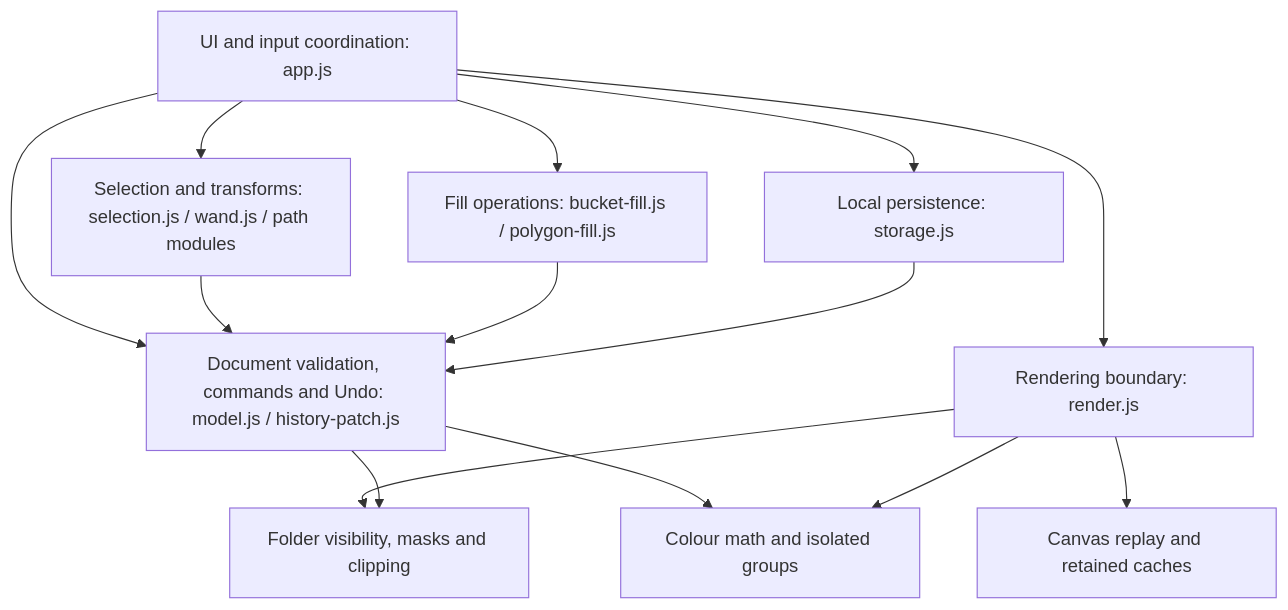
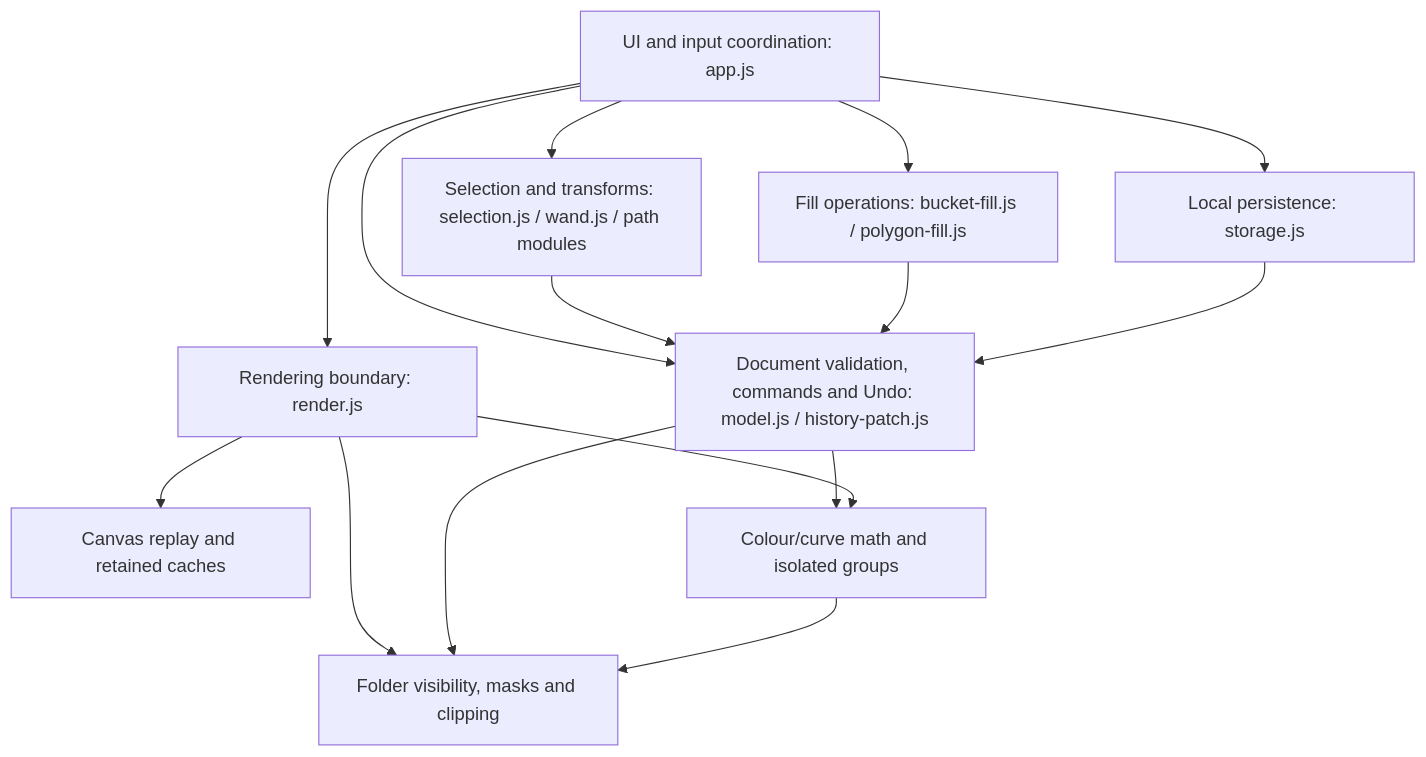
One commit to lionellmisquitta/unruly changed the diagram in docs/delivery/CODE_STRUCTURE.md. Above: the diagram before and after it, drawn with Mermaid. The commit also changed other lines of this file and 8 other files, not shown here.

Commit message:
Close published FX2 and preserve full roadmap/code map with source-bound evidence

````diff
--- a/docs/delivery/CODE_STRUCTURE.md
+++ b/docs/delivery/CODE_STRUCTURE.md
@@ -6,25 +6,26 @@
 ```mermaid
 flowchart TD
  UI["UI and input coordination: app.js"]
  DOC["Document validation, commands and Undo: model.js / history-patch.js"]
  SEL["Selection and transforms: selection.js / wand.js / path modules"]
  FILL["Fill operations: bucket-fill.js / polygon-fill.js"]
  RENDER["Rendering boundary: render.js"]
  STORE["Local persistence: storage.js"]
  ENGINE["Canvas replay and retained caches"]
  COMP["Folder visibility, masks and clipping"]
- EFFECT["Colour math and isolated groups"]
+ EFFECT["Colour/curve math and isolated groups"]
  UI --> DOC
  UI --> SEL
  UI --> FILL
  UI --> RENDER
  UI --> STORE
  SEL --> DOC
  FILL --> DOC
  STORE --> DOC
  RENDER --> ENGINE
  RENDER --> COMP
  DOC --> COMP
  DOC --> EFFECT
  RENDER --> EFFECT
+ EFFECT --> COMP
 ```
````
